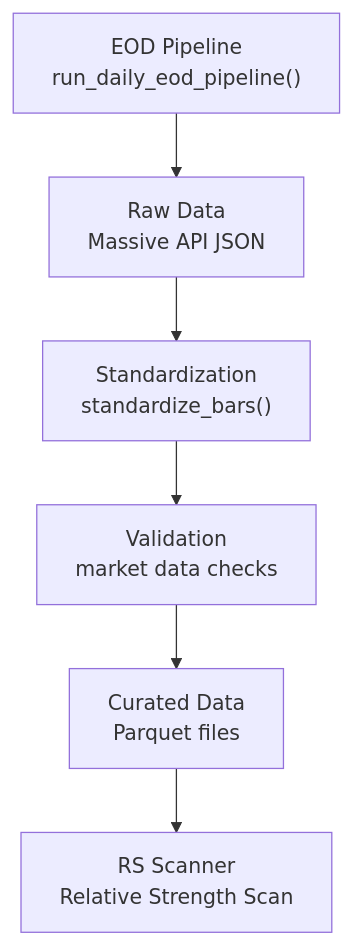
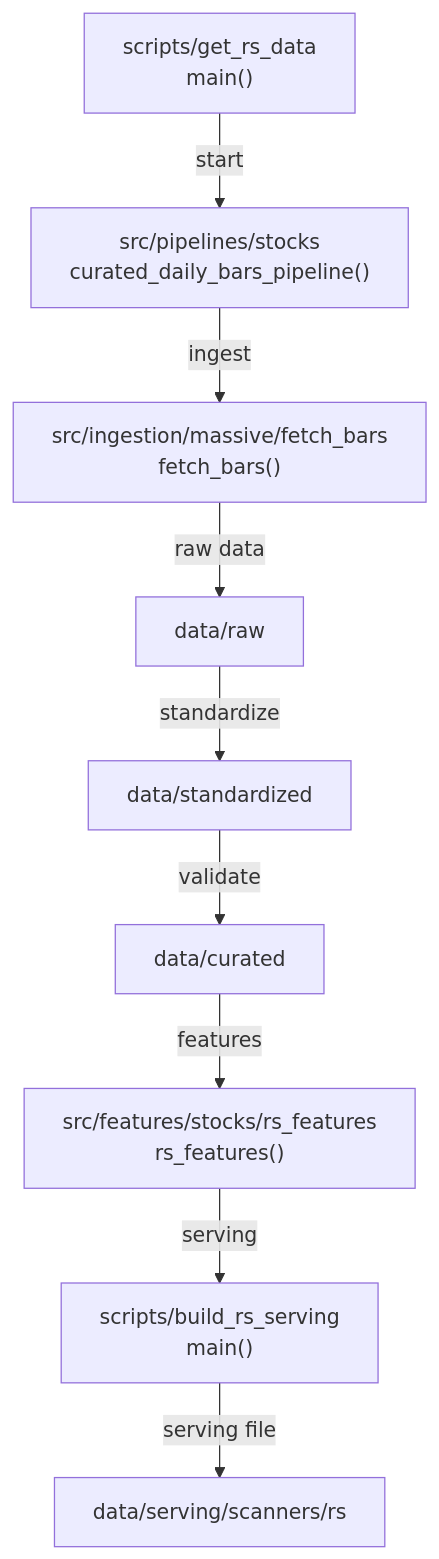
Before and after one commit to paulbylina/market-data-platform: the diagram in docs/workflows/rs-data-flow.md, drawn with Mermaid. The commit also changed other lines of this file and 40 other files, not shown here.

Commit message:
created relative strength pipeline

````diff
--- a/docs/workflows/rs-data-flow.md
+++ b/docs/workflows/rs-data-flow.md
@@ -3,10 +3,30 @@
 ```mermaid
+
+
 flowchart TD
-    EOD["EOD Pipeline<br/>run_daily_eod_pipeline()"]
+    START["scripts/get_rs_data<br/>main()"]
+    START --start-->
 
-    EOD --> Raw["Raw Data<br/>Massive API JSON"]
-    Raw --> Standardization["Standardization<br/>standardize_bars()"]
-    Standardization --> Validation["Validation<br/>market data checks"]
-    Validation --> Curated["Curated Data<br/>Parquet files"]
-    Curated --> RS["RS Scanner<br/>Relative Strength Scan"]
+    CURATED_PIPELINE["src/pipelines/stocks<br/>curated_daily_bars_pipeline()"]
+    CURATED_PIPELINE --ingest-->
+
+    FETCH["src/ingestion/massive/fetch_bars<br/>fetch_bars()"]
+    FETCH --raw data--> 
+
+    RAW["data/raw"]
+    RAW --standardize--> 
+
+    STANDARDIZE["data/standardized"]
+    STANDARDIZE --validate--> 
+
+    VALIDATE["data/curated"]
+    VALIDATE --features--> 
+
+    FEATURES["src/features/stocks/rs_features<br/>rs_features()"]
+    FEATURES --serving--> 
+
+    SERVING["scripts/build_rs_serving<br/>main()"]
+    SERVING --serving file--> 
+    
+    SERVING_FILE["data/serving/scanners/rs"]
 ```
````
